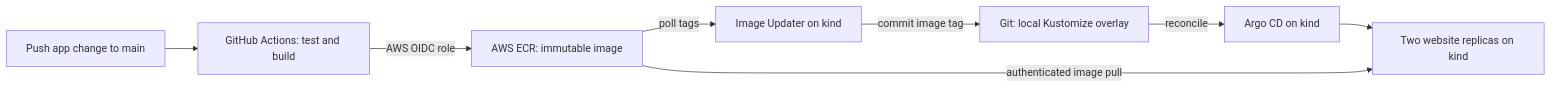
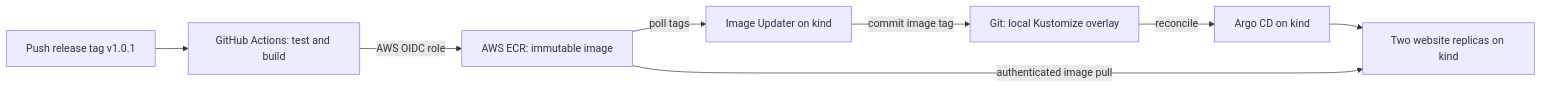
One commit to erictanli/demo-k8s changed the diagram in README.md. Above: the diagram before and after it, drawn with Mermaid. The commit also changed other lines of this file and 5 other files, not shown here.

````diff
--- a/README.md
+++ b/README.md
@@ -11,10 +11,10 @@
 ```mermaid
 flowchart LR
-  Developer[Push app change to main] --> CI[GitHub Actions: test and build]
+  Developer[Push release tag v1.0.1] --> CI[GitHub Actions: test and build]
   CI -->|AWS OIDC role| ECR[AWS ECR: immutable image]
   ECR -->|poll tags| Updater[Image Updater on kind]
   Updater -->|commit image tag| Git[Git: local Kustomize overlay]
   Git -->|reconcile| Argo[Argo CD on kind]
   Argo --> App[Two website replicas on kind]
   ECR -->|authenticated image pull| App
 ```
````
